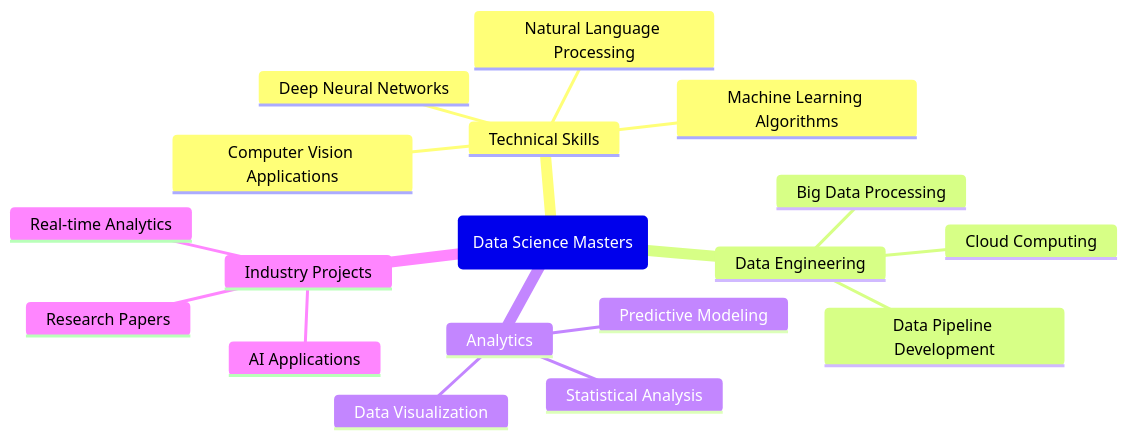
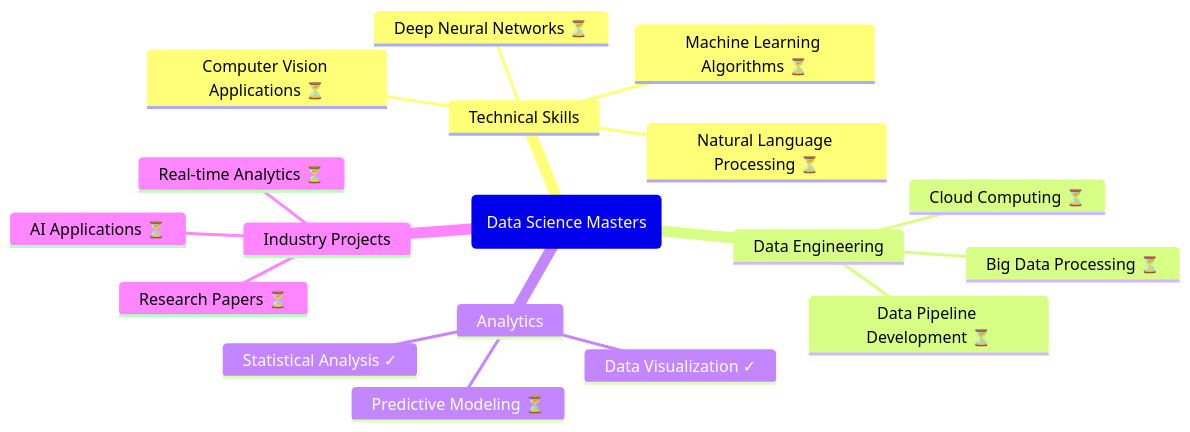
The third of 14 diagrams in README.md (saisrinivas194/saisrinivas194), drawn with Mermaid before and after one commit. The commit also changed other lines of this file, not shown here.

````diff
--- a/README.md
+++ b/README.md
@@ -80,21 +111,21 @@
 ```mermaid
 mindmap
     root("Data Science Masters")
         Technical Skills
-            Machine Learning Algorithms
-            Deep Neural Networks
-            Natural Language Processing
-            Computer Vision Applications
+            Machine Learning Algorithms ⏳
+            Deep Neural Networks ⏳
+            Natural Language Processing ⏳
+            Computer Vision Applications ⏳
         Data Engineering
-            Big Data Processing
-            Data Pipeline Development
-            Cloud Computing
+            Big Data Processing ⏳
+            Data Pipeline Development ⏳
+            Cloud Computing ⏳
         Analytics
-            Statistical Analysis
-            Data Visualization
-            Predictive Modeling
+            Statistical Analysis ✓
+            Data Visualization ✓
+            Predictive Modeling ⏳
         Industry Projects
-            Real-time Analytics
-            AI Applications
-            Research Papers
+            Real-time Analytics ⏳
+            AI Applications ⏳
+            Research Papers ⏳
 ```
````
